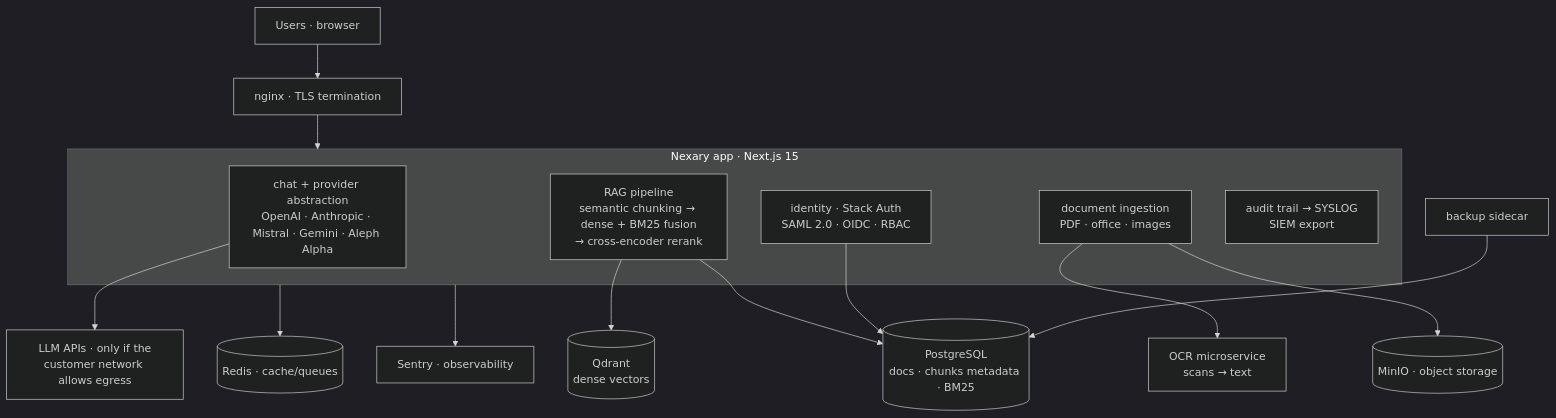
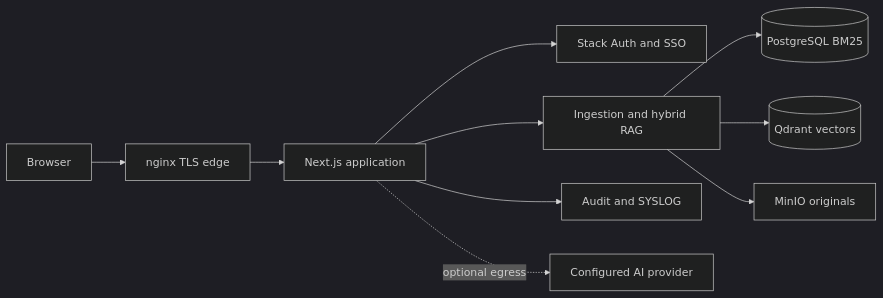
One commit to Gjusev/nexary-platform changed the diagram in README.md. Above: the diagram before and after it, drawn with Mermaid (dark theme). The commit also changed other lines of this file, not shown here.

````diff
--- a/README.md
+++ b/README.md
@@ -28,23 +45,12 @@
 ```mermaid
-flowchart TB
-    U[Users · browser] --> NGINX[nginx · TLS termination]
-
-    subgraph APP[Nexary app · Next.js 15]
-        CHAT[chat + provider abstraction<br/>OpenAI · Anthropic · Mistral · Gemini · Aleph Alpha]
-        RAG[RAG pipeline<br/>semantic chunking → dense + BM25 fusion<br/>→ cross-encoder rerank]
-        ING[document ingestion<br/>PDF · office · images]
-        AUTH[identity · Stack Auth<br/>SAML 2.0 · OIDC · RBAC]
-        AUD[audit trail → SYSLOG<br/>SIEM export]
-    end
-
-    NGINX --> APP
-    ING --> OCR[OCR microservice<br/>scans → text]
-    RAG --> QD[(Qdrant<br/>dense vectors)]
-    RAG --> PGSQL[(PostgreSQL<br/>docs · chunks metadata · BM25)]
-    AUTH --> PGSQL
-    CHAT --> LLM[LLM APIs · only if the<br/>customer network allows egress]
-    APP --> REDIS[(Redis · cache/queues)]
-    ING --> MINIO[(MinIO · object storage)]
-    APP --> SENTRY[Sentry · observability]
-    BKP[backup sidecar] --> PGSQL
+flowchart LR
+    USER[Browser] --> EDGE[nginx TLS edge]
+    EDGE --> APP[Next.js application]
+    APP --> AUTH[Stack Auth and SSO]
+    APP --> RAG[Ingestion and hybrid RAG]
+    RAG --> PG[(PostgreSQL BM25)]
+    RAG --> QD[(Qdrant vectors)]
+    RAG --> OBJ[MinIO originals]
+    APP --> AUDIT[Audit and SYSLOG]
+    APP -.->|optional egress| LLM[Configured AI provider]
 ```
````
